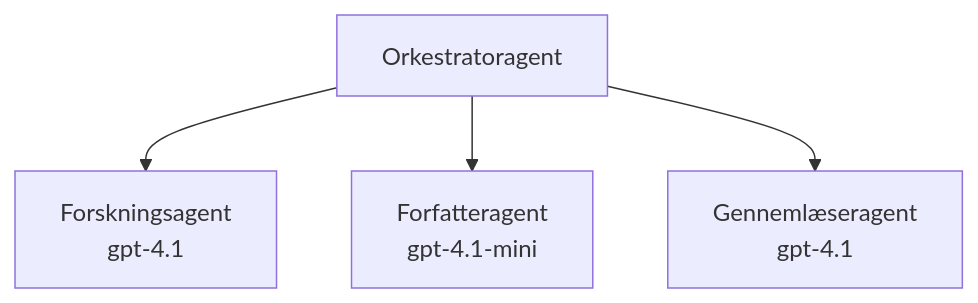
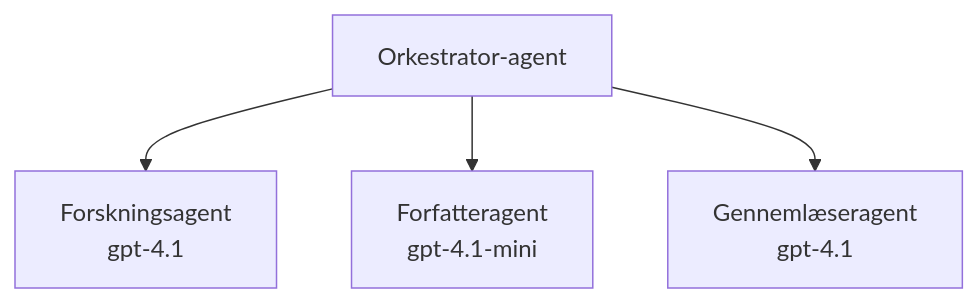
The third of 3 diagrams in translations/da/docs/chapter-02-ai-development/agents.md (microsoft/AZD-for-beginners), drawn with Mermaid before and after one commit. The commit also changed other lines of this file and 104 other files, not shown here.

````diff
--- a/translations/da/docs/chapter-02-ai-development/agents.md
+++ b/translations/da/docs/chapter-02-ai-development/agents.md
@@ -194,6 +201,6 @@
 ```mermaid
 graph TD
-    Orchestrator[Orkestratoragent] --> Research[Forskningsagent<br/>gpt-4.1]
+    Orchestrator[Orkestrator-agent] --> Research[Forskningsagent<br/>gpt-4.1]
     Orchestrator --> Writer[Forfatteragent<br/>gpt-4.1-mini]
     Orchestrator --> Reviewer[Gennemlæseragent<br/>gpt-4.1]
 ```
````
